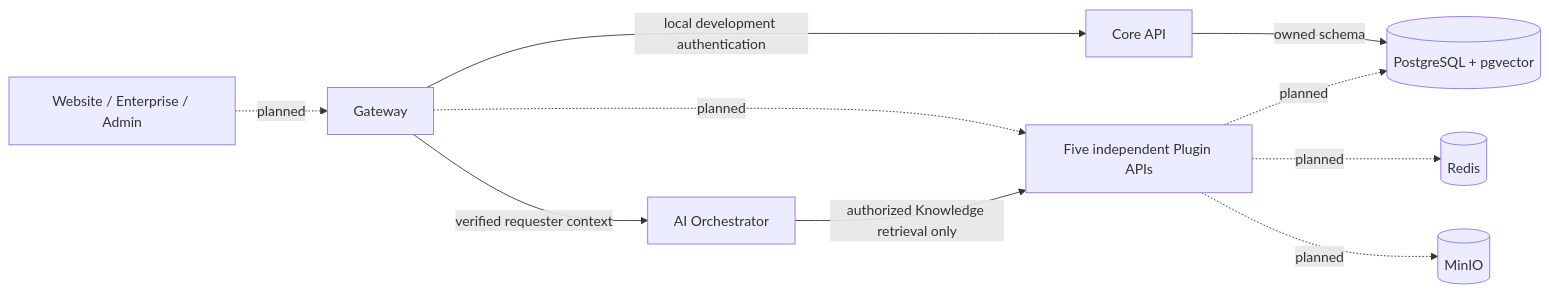
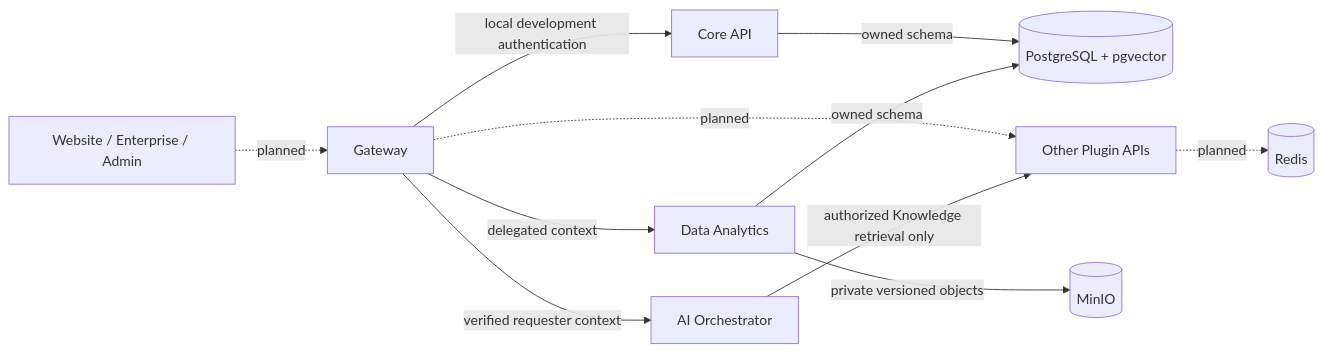
One commit to zqf20096327/dbhub_collect changed the diagram in data/readmes/AndrixNg1__amani.ia.md. Above: the diagram before and after it, drawn with Mermaid. The commit also changed other lines of this file and 536 other files, not shown here.

````diff
--- a/data/readmes/AndrixNg1__amani.ia.md
+++ b/data/readmes/AndrixNg1__amani.ia.md
@@ -25,12 +27,13 @@
 ```mermaid
 flowchart LR
     UI[Website / Enterprise / Admin] -. planned .-> Gateway
     Gateway -->|local development authentication| Core[Core API]
     Core -->|owned schema| PG
     Gateway -->|verified requester context| AI[AI Orchestrator]
-    Gateway -. planned .-> Plugins[Five independent Plugin APIs]
+    Gateway -->|delegated context| Analytics[Data Analytics]
+    Gateway -. planned .-> Plugins[Other Plugin APIs]
     AI -->|authorized Knowledge retrieval only| Plugins
-    Plugins -. planned .-> PG[(PostgreSQL + pgvector)]
+    Analytics -->|owned schema| PG[(PostgreSQL + pgvector)]
+    Analytics -->|private versioned objects| MinIO[(MinIO)]
     Plugins -. planned .-> Redis[(Redis)]
-    Plugins -. planned .-> MinIO[(MinIO)]
 ```
````
